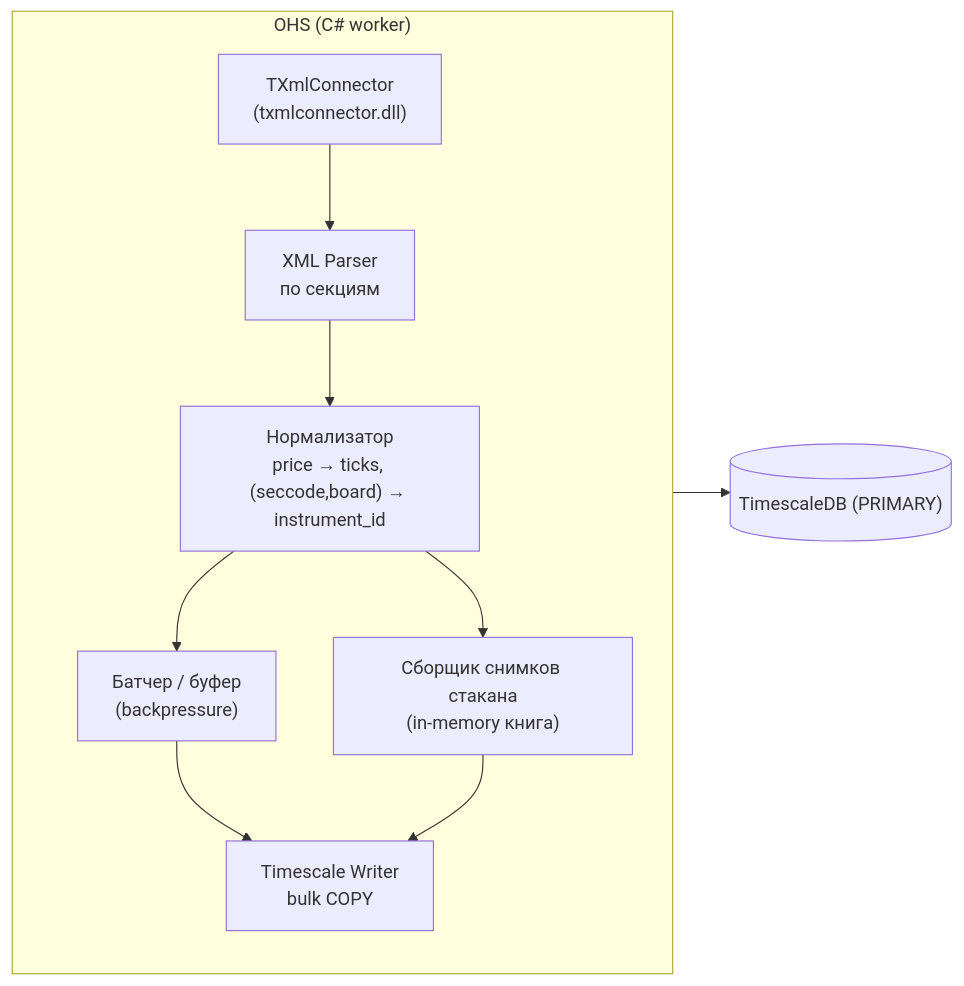
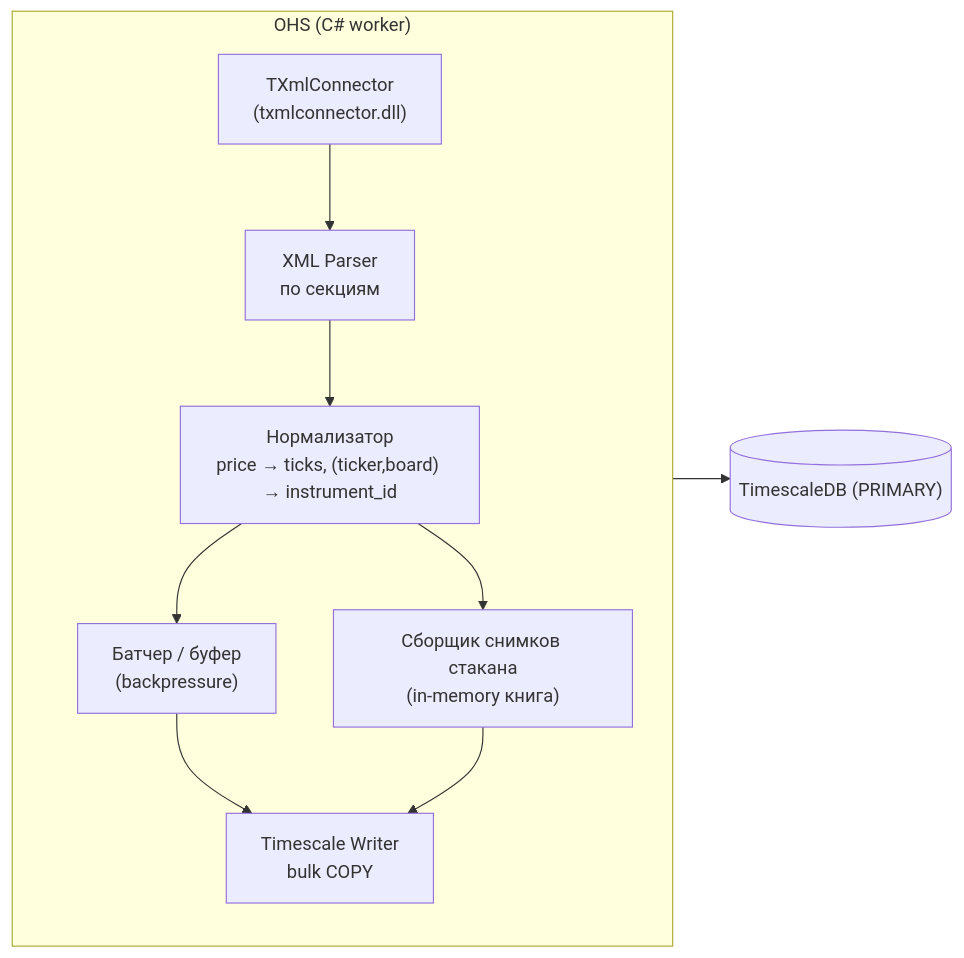
One commit to vbobroff-app/scinverse changed the second of 2 diagrams in docs/ohs.md. Above: the diagram before and after it, drawn with Mermaid. The commit also changed other lines of this file and 40 other files, not shown here.

````diff
--- a/docs/ohs.md
+++ b/docs/ohs.md
@@ -275,15 +275,15 @@
 ```mermaid
 flowchart LR
     subgraph OHS["OHS (C# worker)"]
         direction TB
         C["TXmlConnector<br/>(txmlconnector.dll)"]
         P["XML Parser<br/>по секциям"]
-        NORM["Нормализатор<br/>price → ticks, (seccode,board) → instrument_id"]
+        NORM["Нормализатор<br/>price → ticks, (ticker,board) → instrument_id"]
         BUF["Батчер / буфер<br/>(backpressure)"]
         WR["Timescale Writer<br/>bulk COPY"]
         SNAP["Сборщик снимков стакана<br/>(in-memory книга)"]
         C --> P --> NORM --> BUF --> WR
         NORM --> SNAP --> WR
     end
     WR --> DB[("TimescaleDB (PRIMARY)")]
 ```
````
